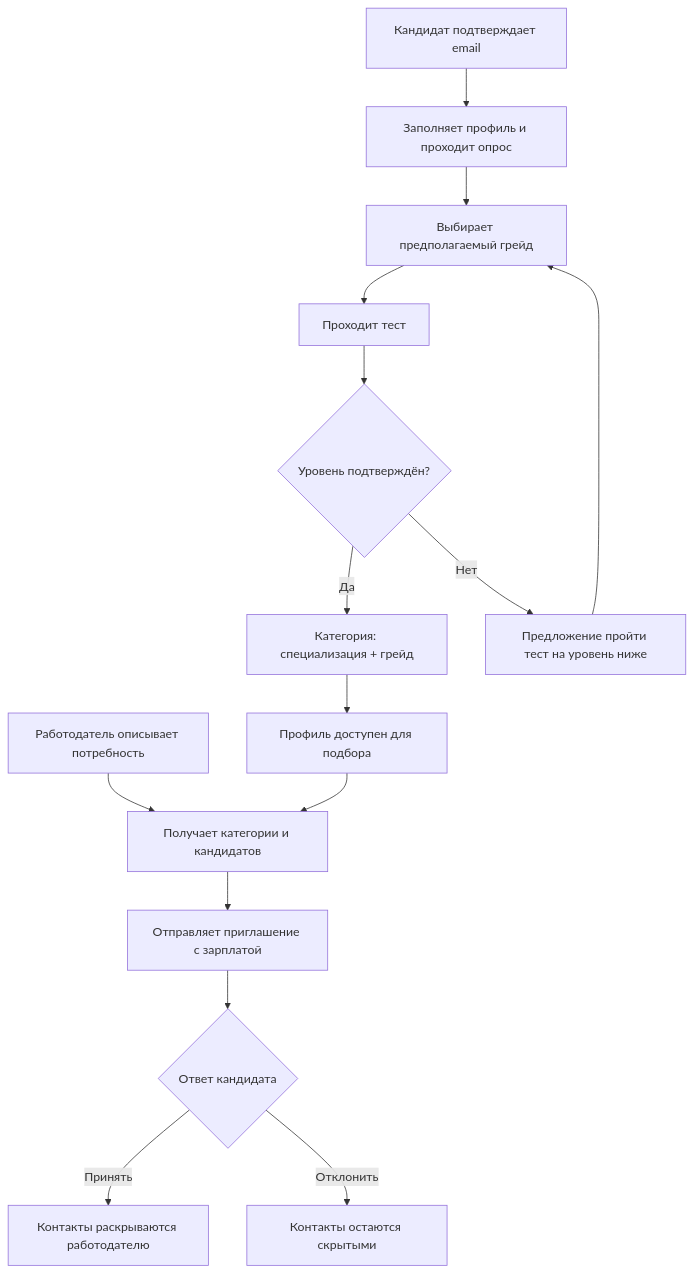
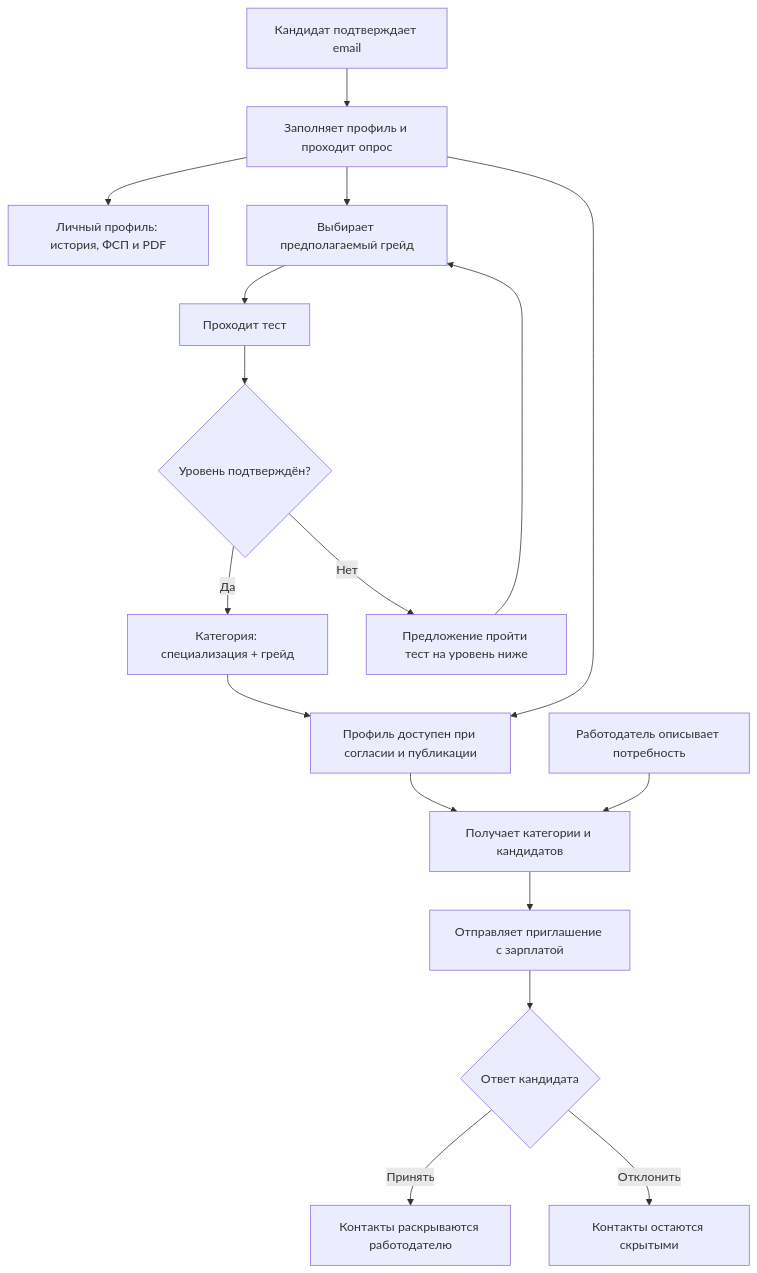
Before and after one commit to ShadowFiend1337/hh_platform: the diagram in docs/README.md, drawn with Mermaid. The commit also changed other lines of this file and 11 other files, not shown here.

````diff
--- a/docs/README.md
+++ b/docs/README.md
@@ -64,17 +65,19 @@
 ```mermaid
 flowchart TD
     A[Кандидат подтверждает email] --> B[Заполняет профиль и проходит опрос]
+    B --> P[Личный профиль: история, ФСП и PDF]
     B --> C[Выбирает предполагаемый грейд]
     C --> D[Проходит тест]
     D --> E{Уровень подтверждён?}
     E -->|Да| F[Категория: специализация + грейд]
     E -->|Нет| G[Предложение пройти тест на уровень ниже]
     G --> C
-    F --> H[Профиль доступен для подбора]
+    B --> H[Профиль доступен при согласии и публикации]
+    F --> H
     I[Работодатель описывает потребность] --> J[Получает категории и кандидатов]
     H --> J
     J --> K[Отправляет приглашение с зарплатой]
     K --> L{Ответ кандидата}
     L -->|Принять| M[Контакты раскрываются работодателю]
     L -->|Отклонить| N[Контакты остаются скрытыми]
 ```
````
